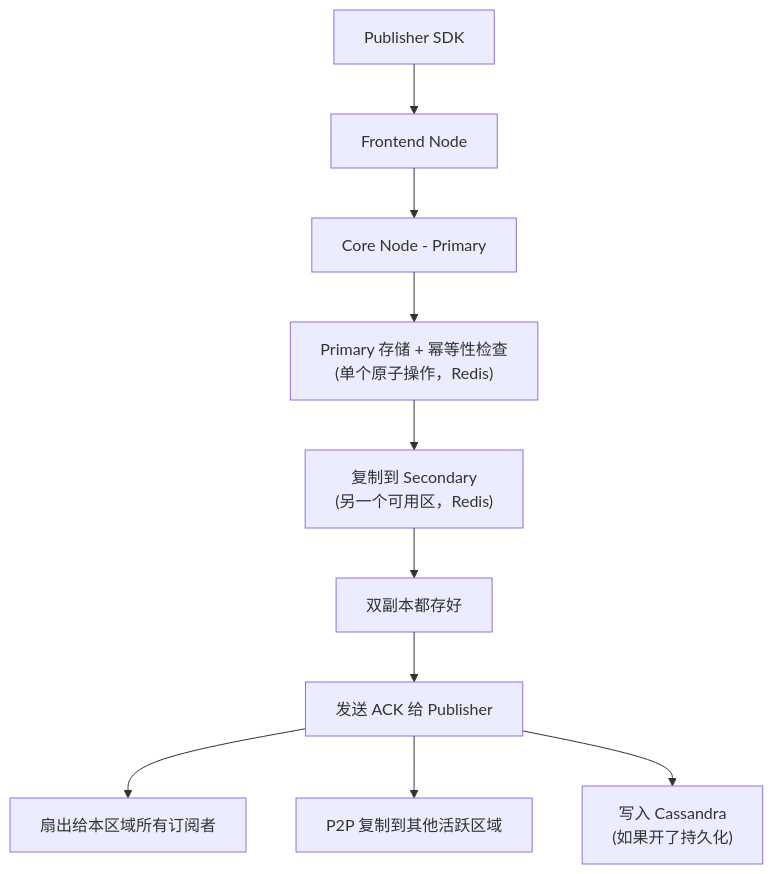
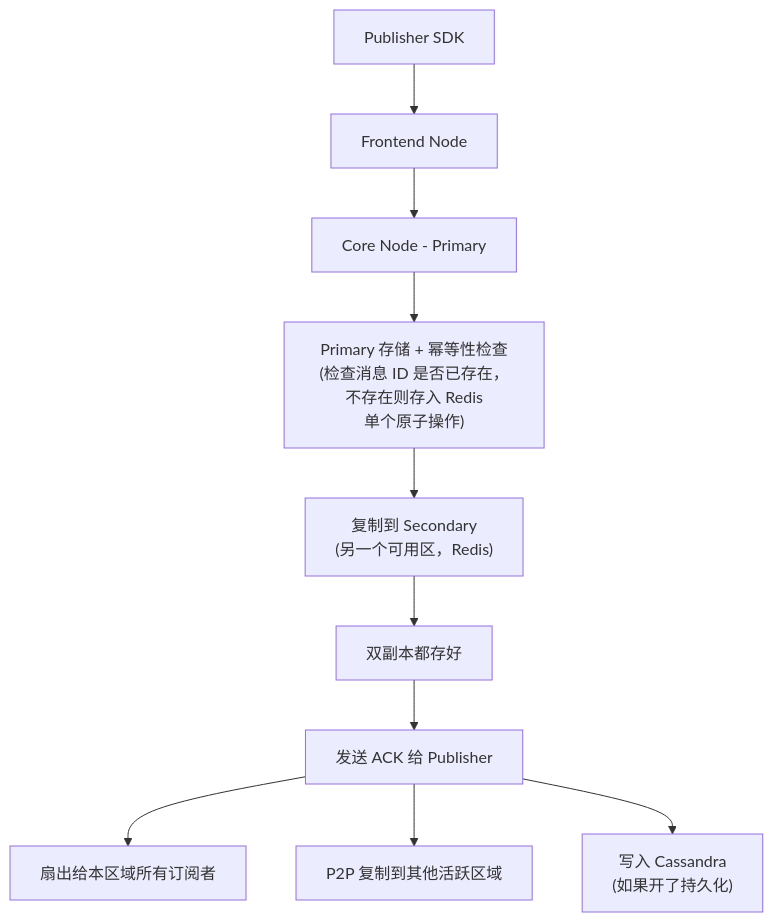
Before and after one commit to acmerfight/engineer-best-practice: the diagram in realtime-push-infrastructure.md, drawn with Mermaid.

Commit message:
fix: restore full idempotency check detail in Mermaid node

````diff
--- a/realtime-push-infrastructure.md
+++ b/realtime-push-infrastructure.md
@@ -80,12 +80,12 @@
 ```mermaid
 flowchart TD
     A[Publisher SDK] --> B[Frontend Node]
     B --> C[Core Node - Primary]
-    C --> D["Primary 存储 + 幂等性检查<br/>(单个原子操作，Redis)"]
+    C --> D["Primary 存储 + 幂等性检查<br/>(检查消息 ID 是否已存在，不存在则存入 Redis<br/>单个原子操作)"]
     D --> E["复制到 Secondary<br/>(另一个可用区，Redis)"]
     E --> F[双副本都存好]
     F --> G[发送 ACK 给 Publisher]
     G --> H[扇出给本区域所有订阅者]
     G --> I[P2P 复制到其他活跃区域]
     G --> J["写入 Cassandra<br/>(如果开了持久化)"]
 ```
````
